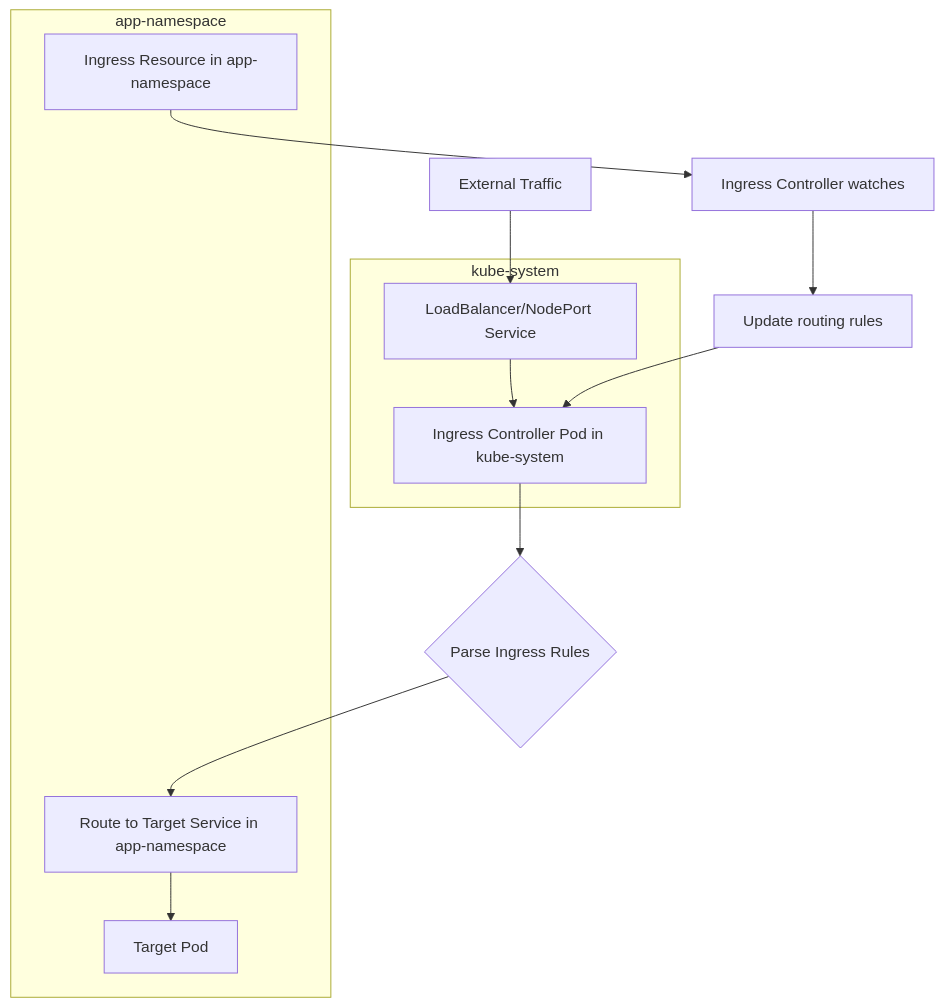
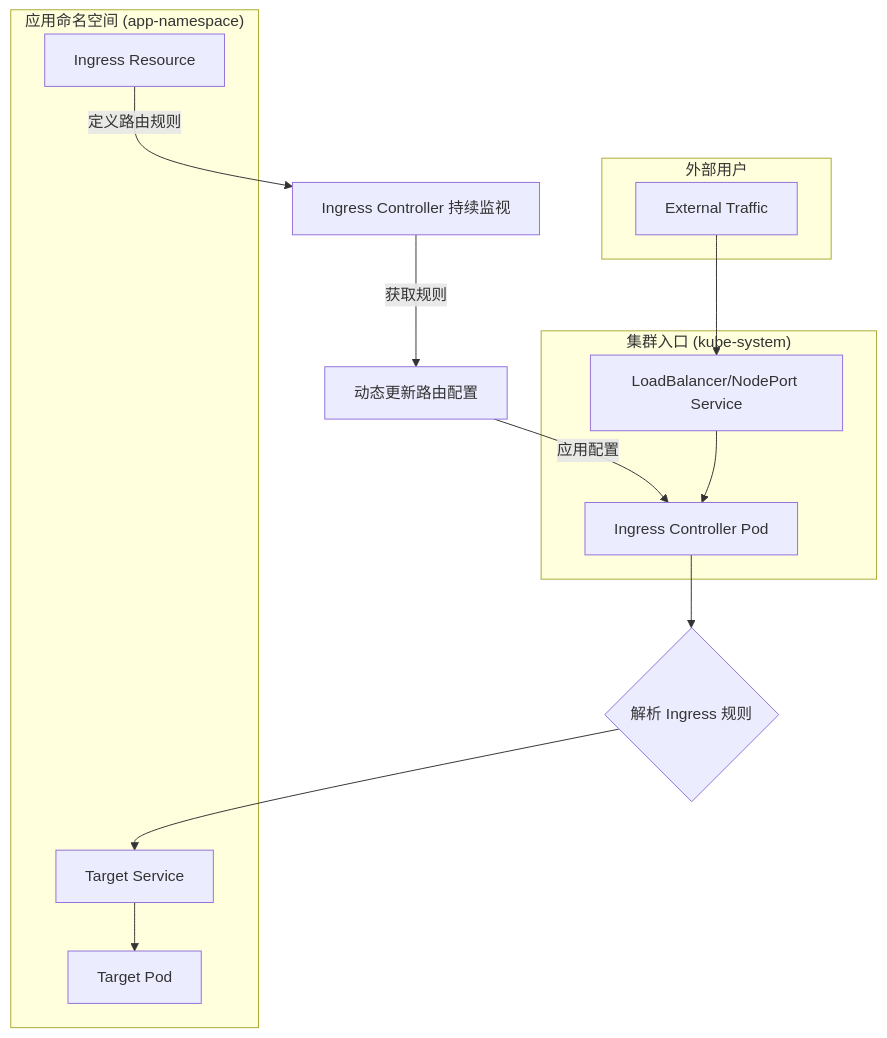
One commit to aibangjuxin/knowledge changed the first of 2 diagrams in gcp/ingress/control.md. Above: the diagram before and after it, drawn with Mermaid. The commit also changed other lines of this file, not shown here.

Commit message:
docs(ingress): format and refactor control.md

````diff
--- a/gcp/ingress/control.md
+++ b/gcp/ingress/control.md
@@ -5,23 +27,27 @@
 ```mermaid
 flowchart TD
-    A[External Traffic] --> B[LoadBalancer/NodePort Service]
-    B --> C[Ingress Controller Pod in kube-system]
-    C --> D{Parse Ingress Rules}
-    D --> E[Route to Target Service in app-namespace]
-    E --> F[Target Pod]
-    
-    G[Ingress Resource in app-namespace] --> H[Ingress Controller watches]
-    H --> I[Update routing rules]
-    I --> C
-    
-    subgraph kube-system
-        C
-        B
+    subgraph "外部用户"
+        A[External Traffic]
+    end
+
+    subgraph "集群入口 (kube-system)"
+        B[LoadBalancer/NodePort Service]
+        C[Ingress Controller Pod]
     end
     
-    subgraph app-namespace  
-        E
-        F
-        G
+    subgraph "应用命名空间 (app-namespace)"
+        E[Target Service]
+        F[Target Pod]
+        G[Ingress Resource]
     end
+
+    A --> B
+    B --> C
+    C --> D{解析 Ingress 规则}
+    D --> E
+    E --> F
+    
+    G -- "定义路由规则" --> H[Ingress Controller 持续监视]
+    H -- "获取规则" --> I[动态更新路由配置]
+    I -- "应用配置" --> C
 ```
````
